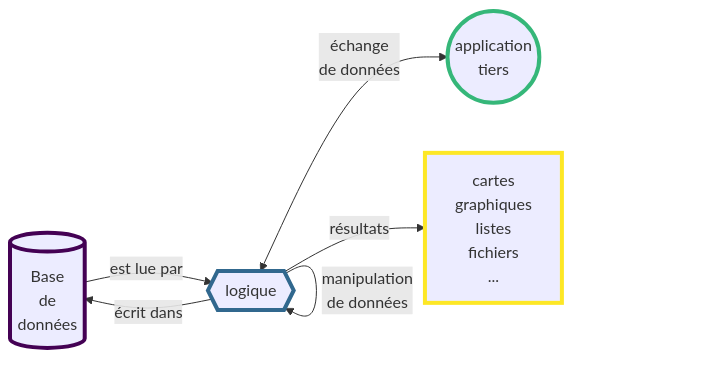
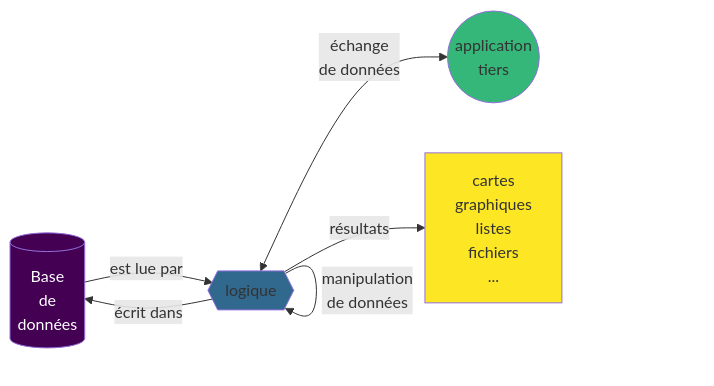
The second of 2 diagrams in profiles/arcam-traject/README.md (zoometh/thomashuet), drawn with Mermaid before and after one commit.

````diff
--- a/profiles/arcam-traject/README.md
+++ b/profiles/arcam-traject/README.md
@@ -120,12 +120,12 @@
 ```mermaid
 flowchart LR
     A[(Base<br>de<br>données)]:::semantic -- est lue par --> B{{logique}}:::logic;
     B -- "écrit dans" --> A;
     B -- manipulation<br>de données --> B;
     B <-- "échange<br>de données" --> C((application<br>tiers)):::third;
     B -- résultats --> D[cartes<br>graphiques<br>listes<br>fichiers<br>...]:::output;;
-    style A stroke:#440154,stroke-width:4px
-    style B stroke:#31688E,stroke-width:4px
-    style C stroke:#35B779,stroke-width:4px
-    style D stroke:#FDE725,stroke-width:4px
+    style A fill:#440154,color:#fff
+    style B fill:#31688E
+    style C fill:#35B779
+    style D fill:#FDE725
 ```
````
